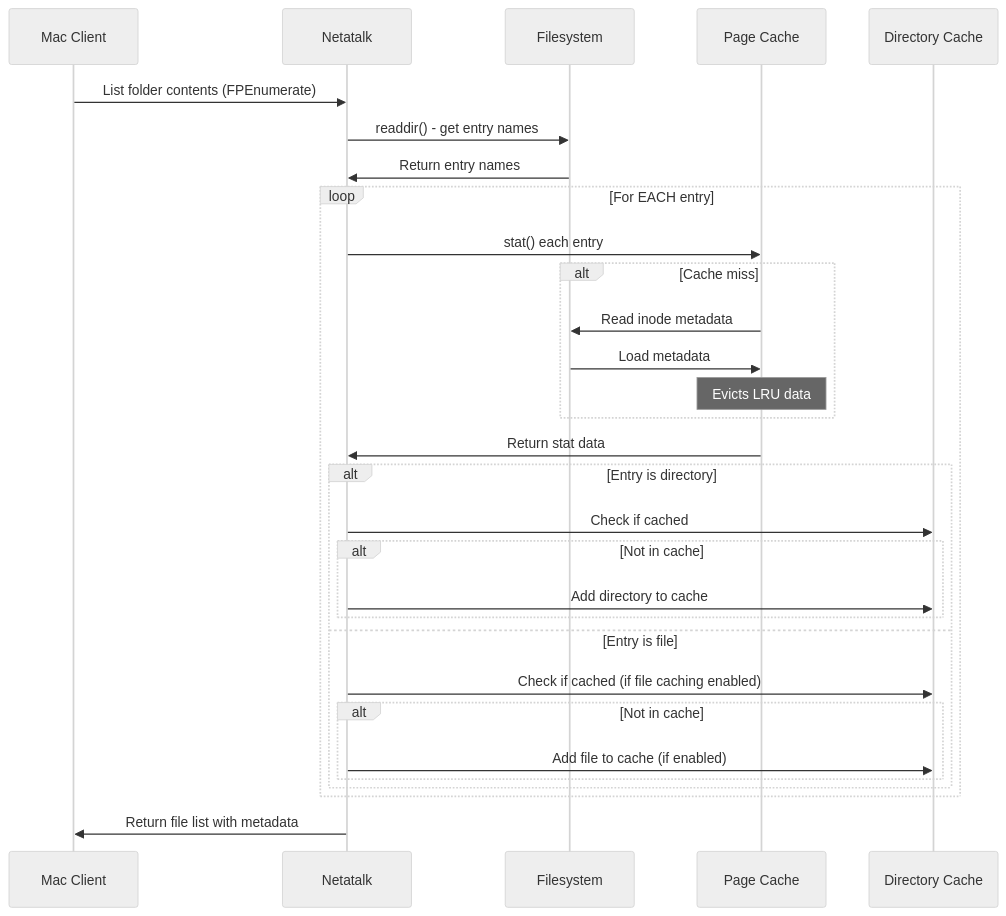
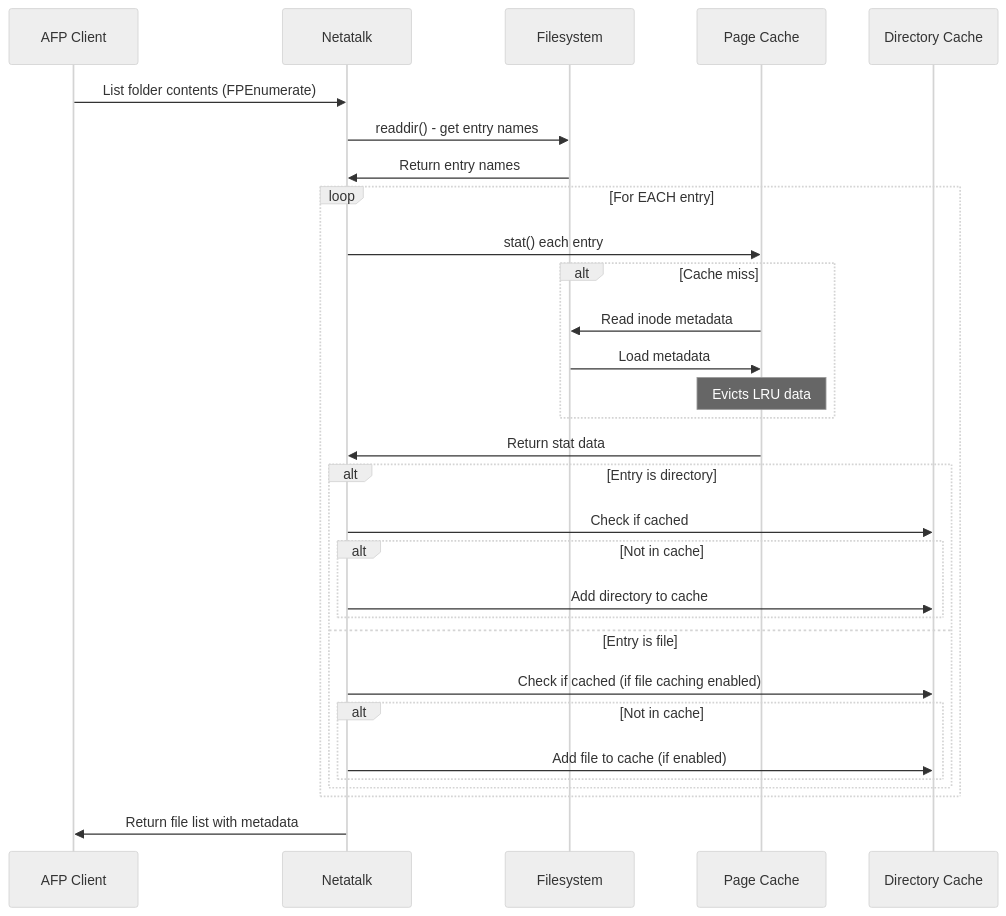
One commit to Netatalk/netatalk changed the second of 8 diagrams in doc/developer/dircache.md. Above: the diagram before and after it, drawn with Mermaid (neutral theme). The commit also changed 10 other files, not shown here.

````diff
--- a/doc/developer/dircache.md
+++ b/doc/developer/dircache.md
@@ -89,36 +89,36 @@
 ```mermaid
 sequenceDiagram
-    participant Client as Mac Client
+    participant Client as AFP Client
     participant Netatalk
     participant Disk as Filesystem
     participant PageCache as Page Cache
     participant DirCache as Directory Cache
     
     Client->>Netatalk: List folder contents (FPEnumerate)
     Netatalk->>Disk: readdir() - get entry names
     Disk->>Netatalk: Return entry names
     
     loop For EACH entry
         Netatalk->>PageCache: stat() each entry
         alt Cache miss
             PageCache->>Disk: Read inode metadata
             Disk->>PageCache: Load metadata
             Note over PageCache: Evicts LRU data
         end
         PageCache->>Netatalk: Return stat data
         
         alt Entry is directory
             Netatalk->>DirCache: Check if cached
             alt Not in cache
                 Netatalk->>DirCache: Add directory to cache
             end
         else Entry is file
             Netatalk->>DirCache: Check if cached (if file caching enabled)
             alt Not in cache
                 Netatalk->>DirCache: Add file to cache (if enabled)
             end
         end
     end
     
     Netatalk->>Client: Return file list with metadata
 ```
````
